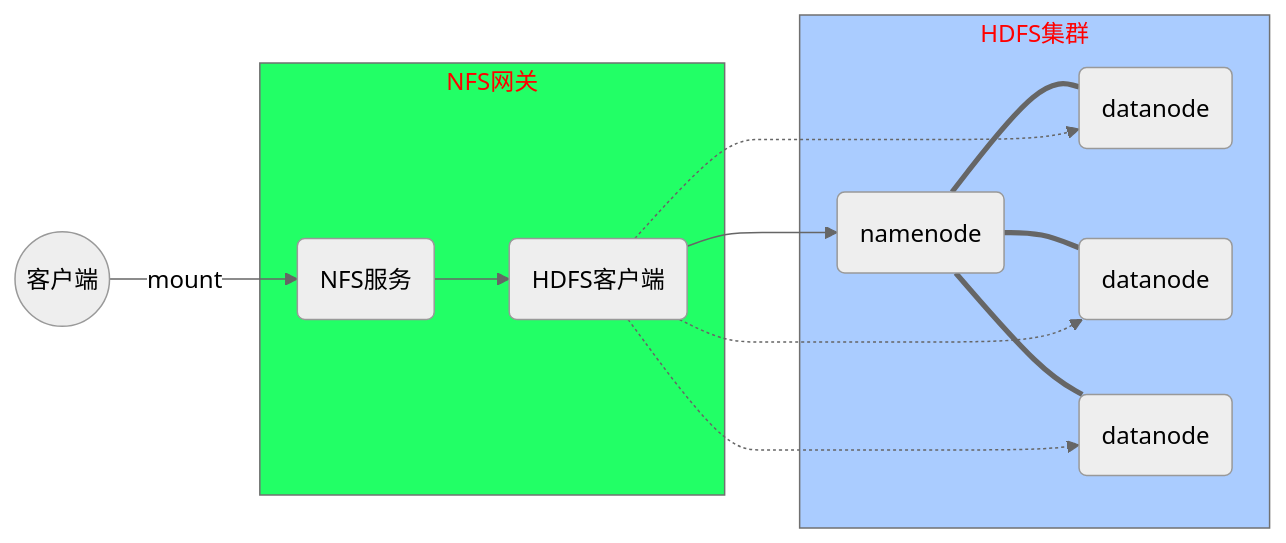
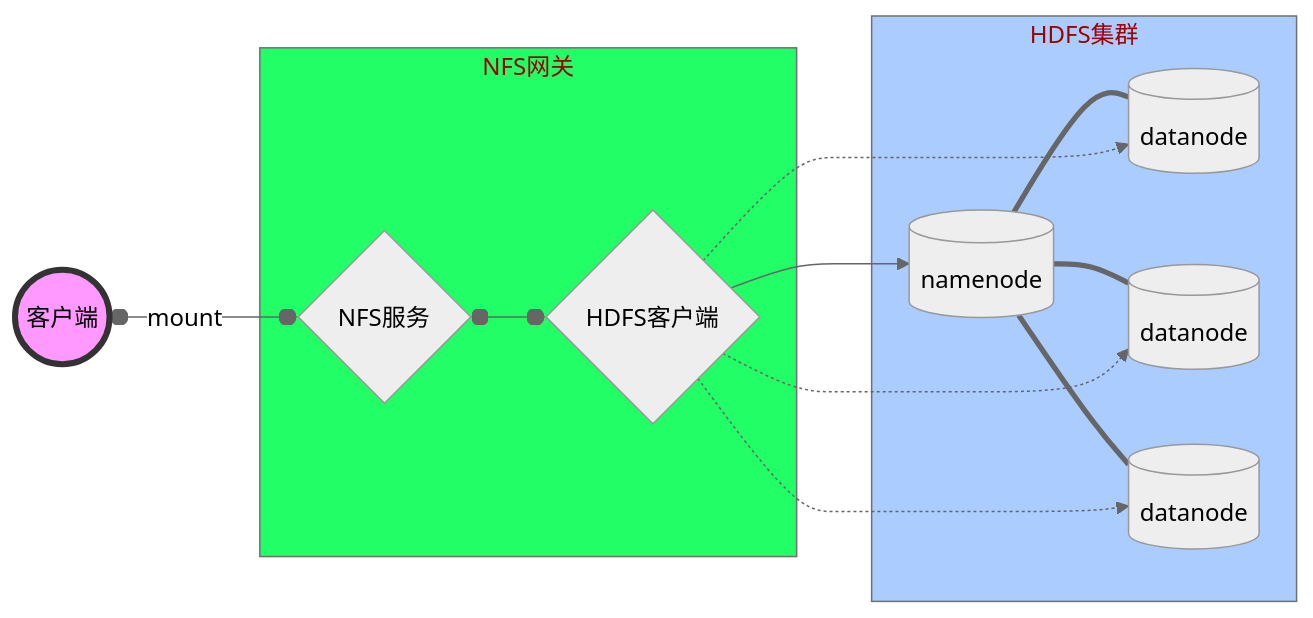
Before and after one commit to byy1679/cloud: the second of 2 diagrams in ARCHITECTURE/04/hadoop-02.md, drawn with Mermaid (neutral theme). The commit also changed other lines of this file and 4 other files, not shown here.

````diff
--- a/ARCHITECTURE/04/hadoop-02.md
+++ b/ARCHITECTURE/04/hadoop-02.md
@@ -121,24 +119,17 @@
 ```mermaid
 graph LR
 subgraph HDFS集群
-  style HDFS集群 color:#ff0000,fill:#aaccff
-  N1(namenode)
-  D1(datanode)
-  D2(datanode)
-  D3(datanode)
-  N1 === D1
-  N1 === D2
-  N1 === D3
+  N1[(namenode)] === D1[(datanode)] & D2[(datanode)] & D3[(datanode)]
 end
 subgraph NFS网关
-  style NFS网关 color:#ff0000,fill:#22ff66
-  S1(HDFS客户端)
-  S2(NFS服务)
-  S2 --> S1
+  S2{NFS服务} o--o S1{HDFS客户端} --> N1
 end
-S1 --> N1
-S1 -.-> D1
-S1 -.-> D2
-S1 -.-> D3
-C((客户端)) -->|mount| S2
+S1 -.-> D1 & D2 & D3
+C((客户端)) o--o |mount| S2
+classDef HDFS color:#9f0000,fill:#aaccff
+class HDFS集群 HDFS
+classDef GW color:#9f0000,fill:#22ff66
+class NFS网关 GW
+classDef C fill:#f9f,stroke:#333,stroke-width:4px;
+class C C
 ```
````
